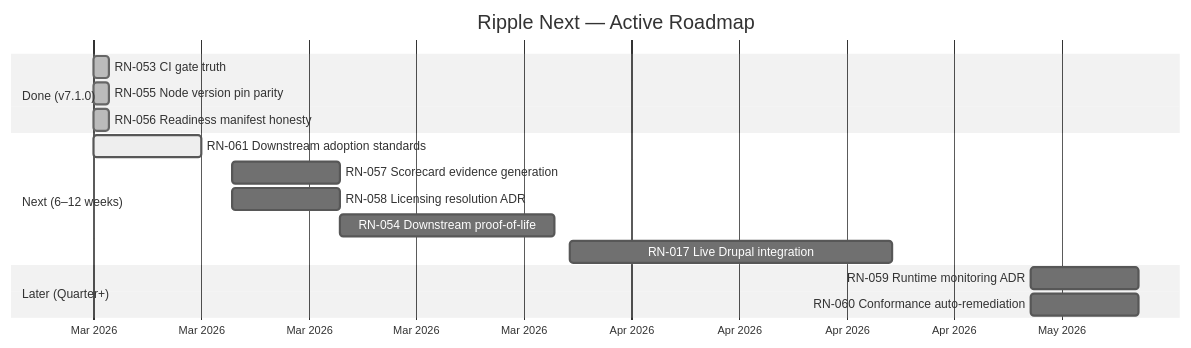
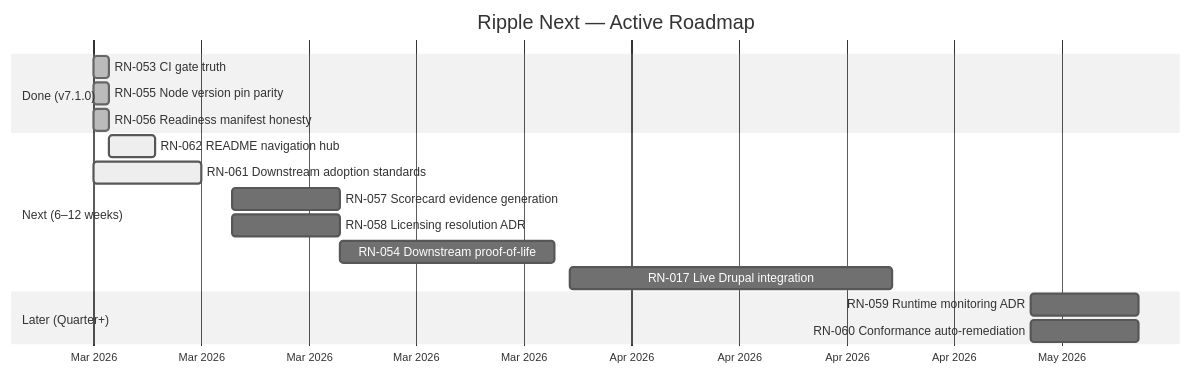
One commit to jbejenar/ripple-next changed the diagram in docs/product-roadmap/README.md. Above: the diagram before and after it, drawn with Mermaid (neutral theme). The commit also changed other lines of this file and 1 other file, not shown here.

First line of the commit message:
feat(docs): README as navigation hub with audience routing, diagrams, and contributor guide (RN-062)

````diff
--- a/docs/product-roadmap/README.md
+++ b/docs/product-roadmap/README.md
@@ -17,22 +17,23 @@
 ```mermaid
 gantt
     title Ripple Next — Active Roadmap
     dateFormat YYYY-MM-DD
     axisFormat %b %Y
 
     section Done (v7.1.0)
     RN-053 CI gate truth                   :done, rn053, 2026-03-01, 1d
     RN-055 Node version pin parity         :done, rn055, 2026-03-01, 1d
     RN-056 Readiness manifest honesty      :done, rn056, 2026-03-01, 1d
 
     section Next (6–12 weeks)
+    RN-062 README navigation hub           :active, rn062, 2026-03-02, 3d
     RN-061 Downstream adoption standards   :active, rn061, 2026-03-01, 7d
     RN-057 Scorecard evidence generation   :rn057, 2026-03-10, 7d
     RN-058 Licensing resolution ADR        :rn058, 2026-03-10, 7d
     RN-054 Downstream proof-of-life        :rn054, 2026-03-17, 14d
     RN-017 Live Drupal integration         :rn017, 2026-04-01, 21d
 
     section Later (Quarter+)
     RN-059 Runtime monitoring ADR          :rn059, 2026-05-01, 7d
     RN-060 Conformance auto-remediation    :rn060, 2026-05-01, 7d
 ```
````
